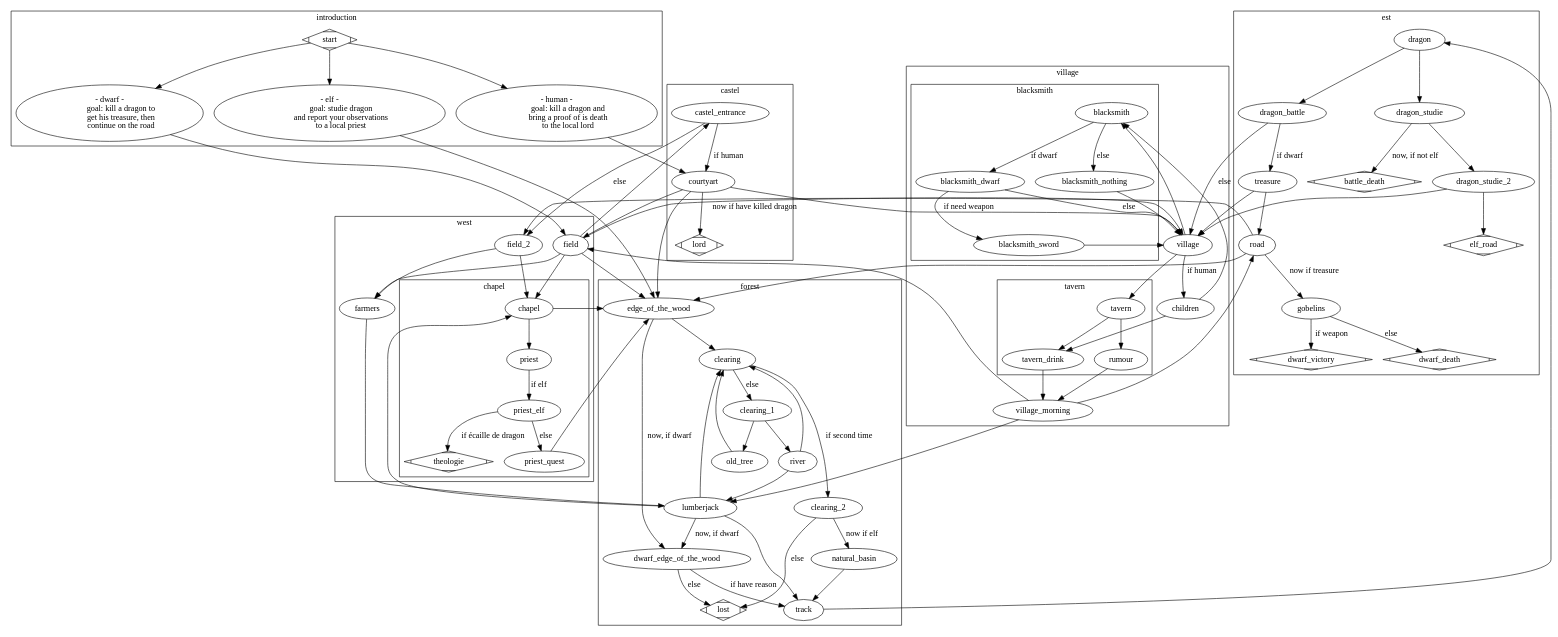
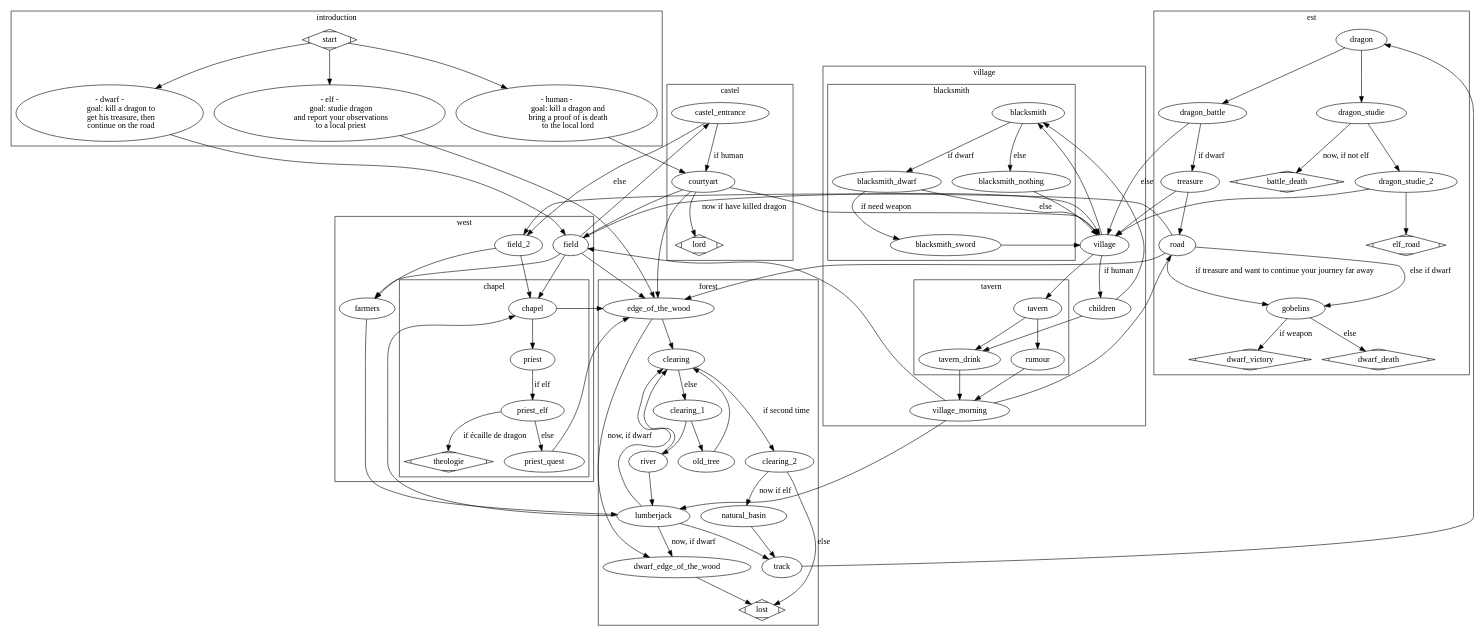
The diagram in story.dot (robinmoussu/story), drawn with Graphviz before and after one commit.

Commit message:
fix dwarf graph story

```diff
--- a/story.dot
+++ b/story.dot
@@ -1,175 +1,175 @@
 digraph G {
     compound=true;
     subgraph cluster0 {
         label = introduction;
         start [shape=Mdiamond];
         elf;
         dwarf;
         human;
 
         elf [label="- elf -
             goal: studie dragon
             and report your observations
             to a local priest"]
         human [label="- human -
             goal: kill a dragon and
             bring a proof of is death
             to the local lord"]
         dwarf [label="- dwarf -
             goal: kill a dragon to
             get his treasure, then
             continue on the road"]
         start -> dwarf, elf, human;
     }
 
     subgraph cluster1 {
         label = village
         village;
         village_morning;
         children;
         
         subgraph cluster5 {
             label = blacksmith;
             blacksmith;
             blacksmith_sword;
             blacksmith_dwarf;
             blacksmith_nothing;
         }
 
         subgraph cluster6 {
             label = tavern;
             tavern;
             rumour;
             tavern_drink;
         }
 
         village -> blacksmith, tavern;
         village -> children [label="if human"];
         children -> tavern_drink, blacksmith;
 
         blacksmith -> blacksmith_dwarf [label="if dwarf"]
         blacksmith_dwarf -> blacksmith_sword [label="if need weapon"];
         blacksmith_dwarf -> village [label="else"];
         blacksmith -> blacksmith_nothing [label="else"];
 
         blacksmith_sword -> village;
         blacksmith_nothing -> village;
 
         tavern -> rumour,tavern_drink;
         tavern_drink -> village_morning;
         rumour -> village_morning;
     }
 
     subgraph cluster2 {
         label = west;
         field;
         field_2;
         farmers;
 
         subgraph cluster7 {
             label=chapel;
             chapel;
             priest;
             priest_elf;
             priest_quest;
             theologie [shape=Mdiamond];
         }
 
         field -> farmers;
         field -> chapel;
         field_2 -> farmers;
         field_2 -> chapel;
         chapel -> priest;
         priest -> priest_elf [label="if elf"];
         priest_elf -> theologie [label="if écaille de dragon"];
         priest_elf -> priest_quest [label="else"];
     }
 
     subgraph cluster3 {
         label = forest;
         edge_of_the_wood;
         dwarf_edge_of_the_wood;
         clearing;
         clearing_1;
         clearing_2;
         natural_basin;
         track;
         river;
         old_tree;
         lost [shape=Mdiamond];
         lumberjack;
 
         lumberjack -> dwarf_edge_of_the_wood [label="now, if dwarf"];
         lumberjack -> clearing;
         lumberjack -> track;
         clearing -> clearing_2 [label="if second time"];
         clearing -> clearing_1 [label="else"];
         clearing_1 -> river, old_tree;
         clearing_2 -> natural_basin [label="now if elf"];
         clearing_2 -> lost [label="else"];
         natural_basin -> track;
         river -> lumberjack, clearing;
         old_tree -> clearing;
     }
 
     subgraph cluster4 {
         label = est;
         dragon;
         dragon_battle;
         dragon_studie;
         dragon_studie_2;
         road;
         elf_road [shape=Mdiamond];
         gobelins;
         treasure;
         dwarf_victory [shape=Mdiamond];
         dwarf_death [shape=Mdiamond];
         battle_death [shape=Mdiamond];
 
         dragon -> dragon_battle, dragon_studie;
         dragon_battle -> village [label=else];
         dragon_battle -> treasure [label="if dwarf"];
         dragon_studie -> battle_death [label="now, if not elf"];
     }
 
     subgraph cluster8 {
         label=castel;
         castel_entrance;
         courtyart;
         lord [shape=Mdiamond];
 
         castel_entrance -> courtyart [label="if human"];
         courtyart -> lord [label="now if have killed dragon"];
     }
 
     castel_entrance -> field_2 [label="else"];
     courtyart -> field, village, edge_of_the_wood;
 
     human -> courtyart;
     elf -> edge_of_the_wood;
     dwarf -> field;
 
     field -> edge_of_the_wood, village, castel_entrance;
     edge_of_the_wood -> clearing;
     edge_of_the_wood -> dwarf_edge_of_the_wood [label="now, if dwarf"];
 
-    dwarf_edge_of_the_wood -> track [label="if have reason"];
-    dwarf_edge_of_the_wood -> lost [label="else"];
+    dwarf_edge_of_the_wood -> lost;
 
     track -> dragon;
     dragon_studie -> dragon_studie_2;
     dragon_studie_2 -> village, elf_road;
 
     treasure -> village, road;
-    road -> gobelins [label="now if treasure"];
+    road -> gobelins [label="if treasure and want to continue your journey far away"];
+    road -> gobelins [label="else if dwarf"];
     road -> edge_of_the_wood, field_2;
     gobelins -> dwarf_victory [label="if weapon"];
     gobelins -> dwarf_death [label="else"];
 
     village_morning -> field, lumberjack, road;
 
     chapel -> edge_of_the_wood;
     farmers -> lumberjack;
     priest_quest -> edge_of_the_wood;
     lumberjack -> chapel;
 }
```
